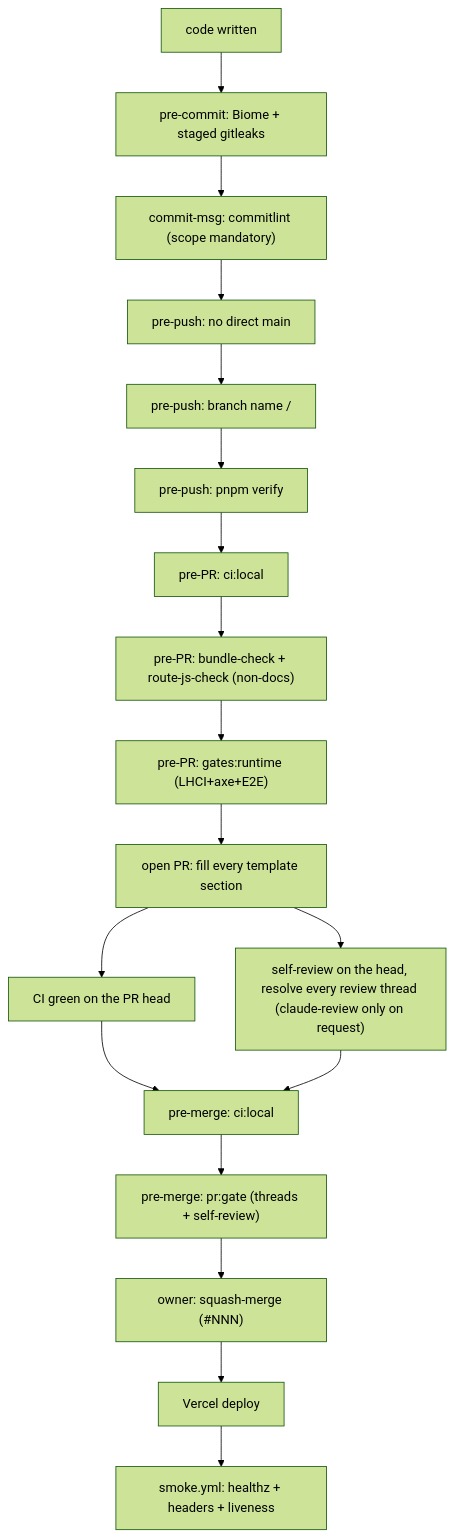
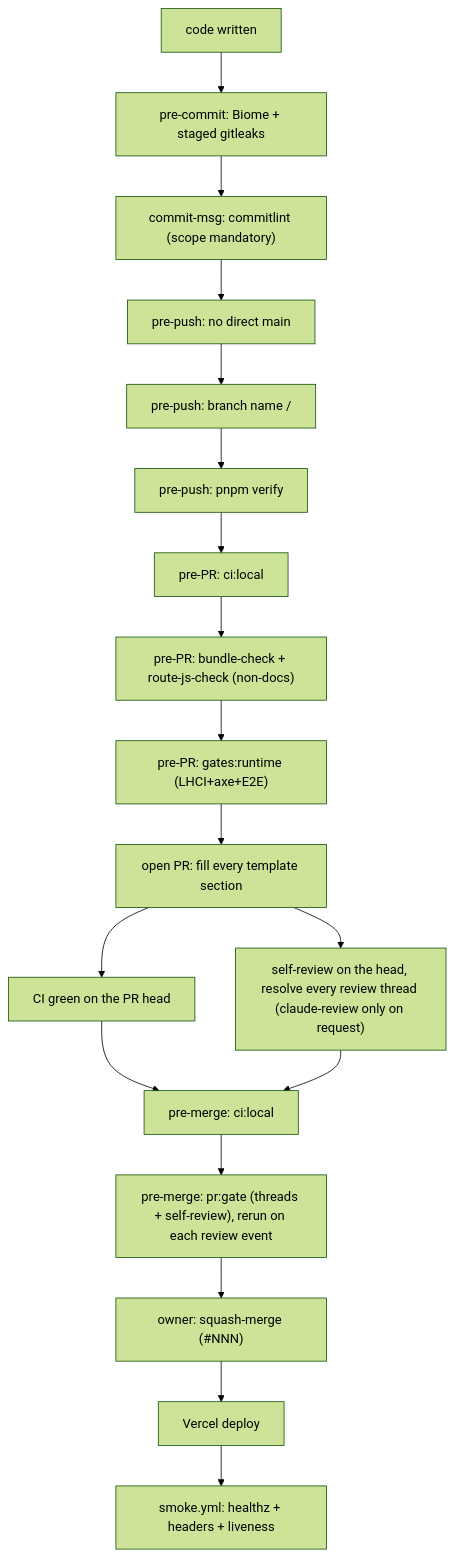
The first of 2 diagrams in docs/handbook/review-merge-release.md (erikunha/portfolio), drawn with Mermaid (forest theme) before and after one commit. The commit also changed other lines of this file and 22 other files, not shown here.

First line of the commit message:
fix(ci): run the PR gate on review events and close merge-guard gaps

````diff
--- a/docs/handbook/review-merge-release.md
+++ b/docs/handbook/review-merge-release.md
@@ -7,20 +7,20 @@
 ```mermaid
 flowchart TD
     write["code written"] --> c1["pre-commit: Biome + staged gitleaks"]
     c1 --> c2["commit-msg: commitlint (scope mandatory)"]
     c2 --> p1["pre-push: no direct main"]
     p1 --> p2["pre-push: branch name <type>/<desc>"]
     p2 --> p5["pre-push: pnpm verify"]
     p5 --> r1["pre-PR: ci:local"]
     r1 --> r2["pre-PR: bundle-check + route-js-check (non-docs)"]
     r2 --> r4["pre-PR: gates:runtime (LHCI+axe+E2E)"]
     r4 --> o1["open PR: fill every template section"]
     o1 --> o1b["CI green on the PR head"]
     o1 --> o2["self-review on the head, resolve every review thread (claude-review only on request)"]
     o1b --> m1["pre-merge: ci:local"]
     o2 --> m1
-    m1 --> m4["pre-merge: pr:gate (threads + self-review)"]
+    m1 --> m4["pre-merge: pr:gate (threads + self-review), rerun on each review event"]
     m4 --> merge["owner: squash-merge (#NNN)"]
     merge --> deploy["Vercel deploy"]
     deploy --> smoke["smoke.yml: healthz + headers + liveness"]
 ```
````
